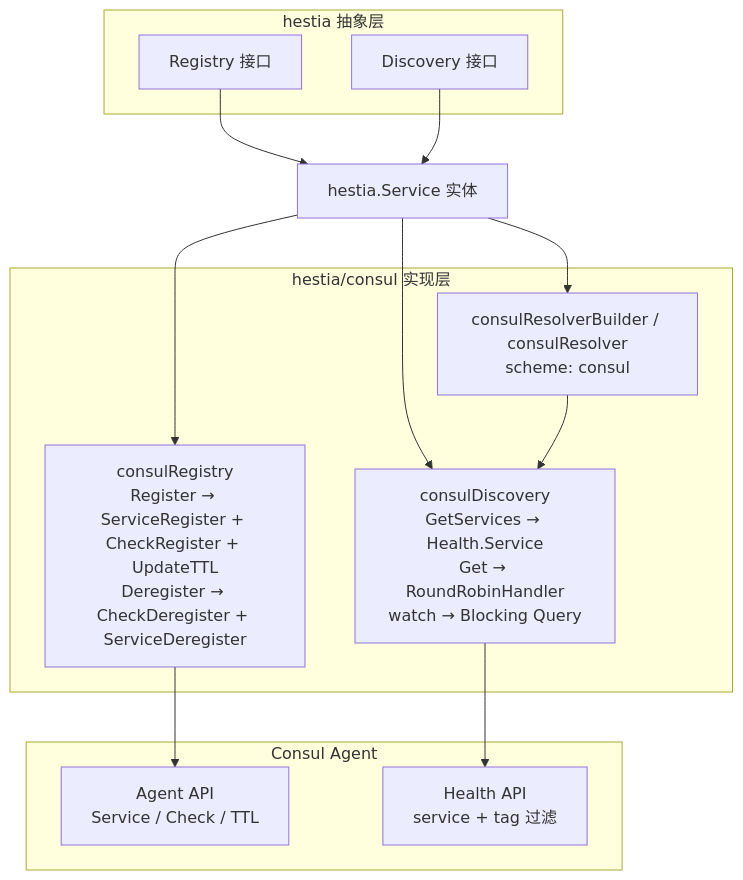
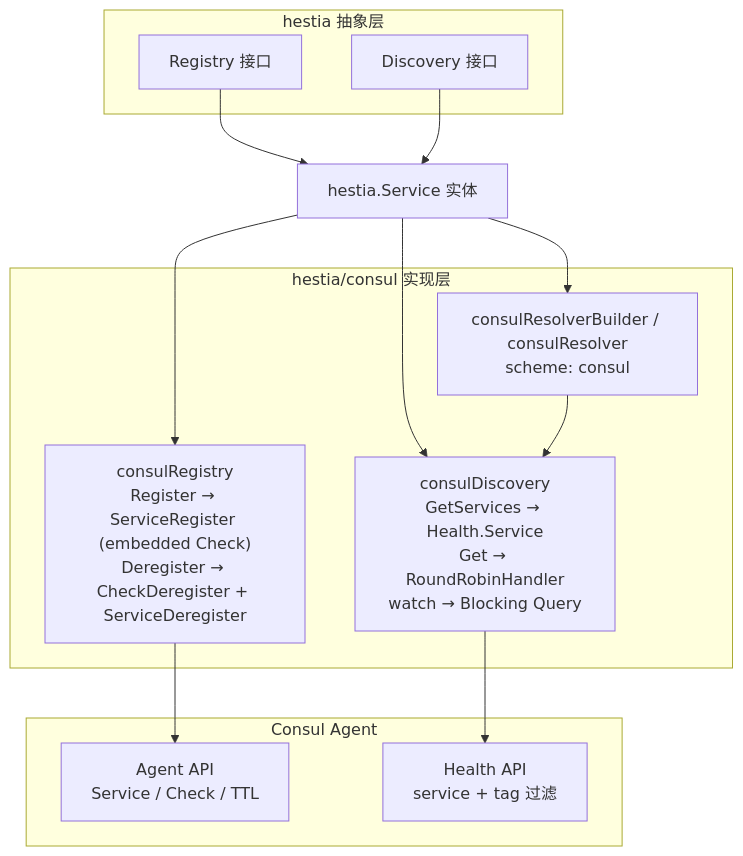
Before and after one commit to daheige/hephfx: the second of 2 diagrams in hestia/readme.md, drawn with Mermaid. The commit also changed other lines of this file and 6 other files, not shown here.

````diff
--- a/hestia/readme.md
+++ b/hestia/readme.md
@@ -356,29 +356,29 @@
 ```mermaid
 flowchart TB
     subgraph Abstract["hestia 抽象层"]
         Registry["Registry 接口"]
         Discovery["Discovery 接口"]
     end
 
     Service["hestia.Service 实体"]
 
     subgraph ConsulImpl["hestia/consul 实现层"]
-        consulRegistry["consulRegistry\nRegister → ServiceRegister + CheckRegister + UpdateTTL\nDeregister → CheckDeregister + ServiceDeregister"]
+        consulRegistry["consulRegistry\nRegister → ServiceRegister (embedded Check)\nDeregister → CheckDeregister + ServiceDeregister"]
         consulDiscovery["consulDiscovery\nGetServices → Health.Service\nGet → RoundRobinHandler\nwatch → Blocking Query"]
         consulResolver["consulResolverBuilder / consulResolver\nscheme: consul"]
     end
 
     subgraph ConsulAgent["Consul Agent"]
         AgentAPI["Agent API\nService / Check / TTL"]
         HealthAPI["Health API\nservice + tag 过滤"]
     end
 
     Registry --> Service
     Discovery --> Service
     Service --> consulRegistry
     Service --> consulDiscovery
     Service --> consulResolver
     consulRegistry --> AgentAPI
     consulDiscovery --> HealthAPI
     consulResolver --> consulDiscovery
 ```
````
